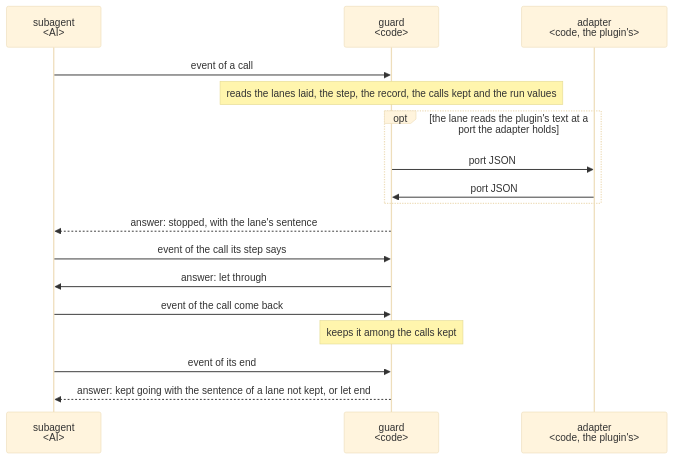
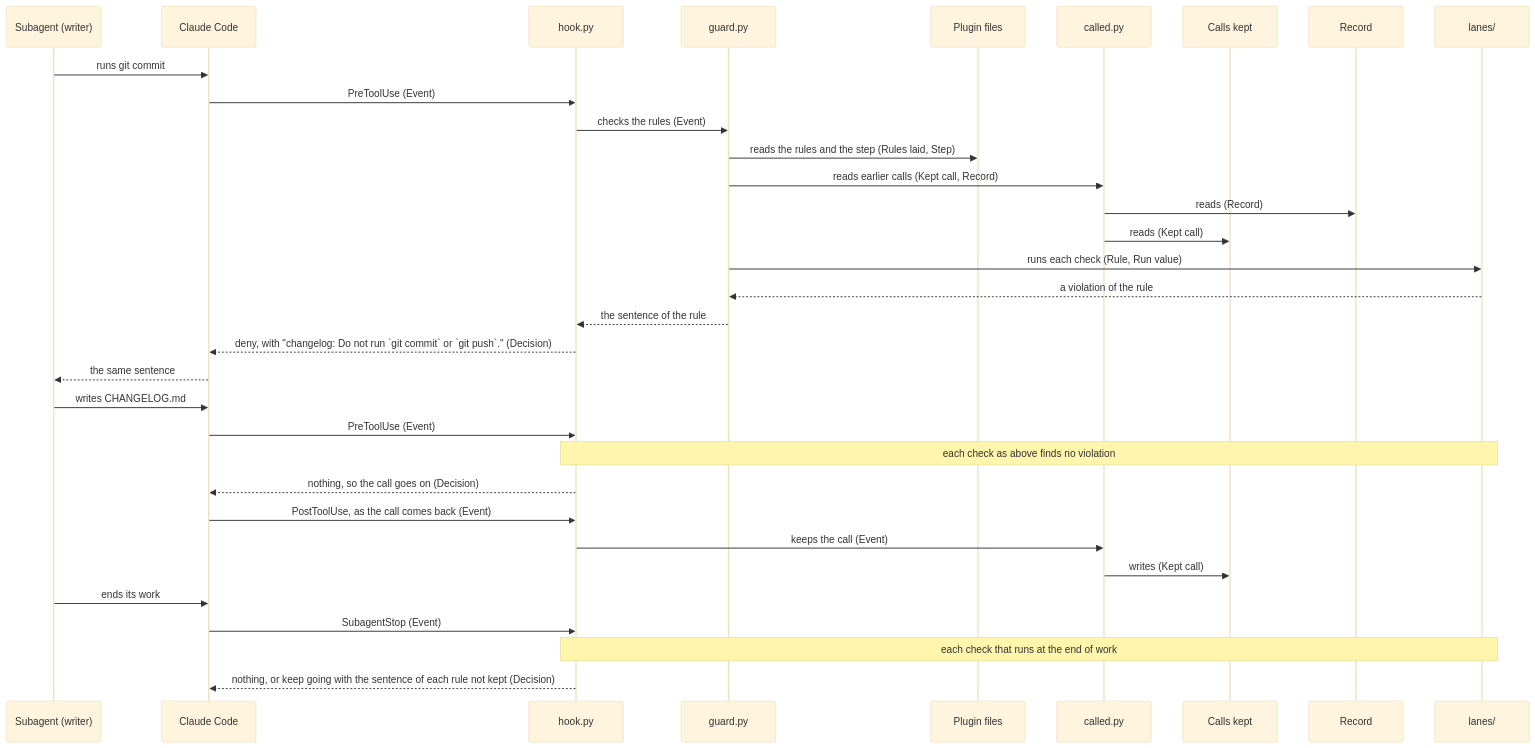
The fourth of 7 diagrams in dev/lane/architecture.md (lovaizu/ccpm), drawn with Mermaid (base theme) before and after one commit. The commit also changed other lines of this file and 3 other files, not shown here.

First line of the commit message:
Rewrite lane's architecture on its template and the new UX

````diff
--- a/dev/lane/architecture.md
+++ b/dev/lane/architecture.md
@@ -228,19 +279,35 @@
 ```mermaid
 sequenceDiagram
-  participant S as subagent<br/>#lt;AI#gt;
-  participant G as guard<br/>#lt;code#gt;
-  participant D as adapter<br/>#lt;code, the plugin's#gt;
-  S->>G: event of a call
-  Note over G: reads the lanes laid, the step, the record, the calls kept and the run values
-  opt the lane reads the plugin's text at a port the adapter holds
-    G->>D: port JSON
-    D->>G: port JSON
-  end
-  G-->>S: answer: stopped, with the lane's sentence
-  S->>G: event of the call its step says
-  G->>S: answer: let through
-  S->>G: event of the call come back
-  Note over G: keeps it among the calls kept
-  S->>G: event of its end
-  G-->>S: answer: kept going with the sentence of a lane not kept, or let end
+  participant SA as Subagent (writer)
+  participant CC as Claude Code
+  participant H as hook.py
+  participant G as guard.py
+  participant PF as Plugin files
+  participant C as called.py
+  participant K as Calls kept
+  participant RE as Record
+  participant LN as lanes/
+  SA->>CC: runs git commit
+  CC->>H: PreToolUse (Event)
+  H->>G: checks the rules (Event)
+  G->>PF: reads the rules and the step (Rules laid, Step)
+  G->>C: reads earlier calls (Kept call, Record)
+  C->>RE: reads (Record)
+  C->>K: reads (Kept call)
+  G->>LN: runs each check (Rule, Run value)
+  LN-->>G: a violation of the rule
+  G-->>H: the sentence of the rule
+  H-->>CC: deny, with "changelog: Do not run `git commit` or `git push`." (Decision)
+  CC-->>SA: the same sentence
+  SA->>CC: writes CHANGELOG.md
+  CC->>H: PreToolUse (Event)
+  Note over H,LN: each check as above finds no violation
+  H-->>CC: nothing, so the call goes on (Decision)
+  CC->>H: PostToolUse, as the call comes back (Event)
+  H->>C: keeps the call (Event)
+  C->>K: writes (Kept call)
+  SA->>CC: ends its work
+  CC->>H: SubagentStop (Event)
+  Note over H,LN: each check that runs at the end of work
+  H-->>CC: nothing, or keep going with the sentence of each rule not kept (Decision)
 ```
````
